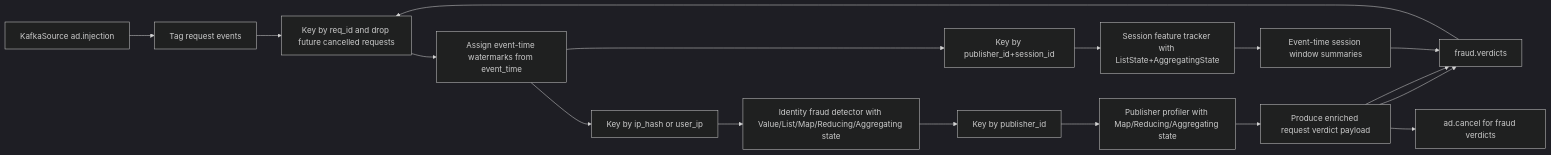
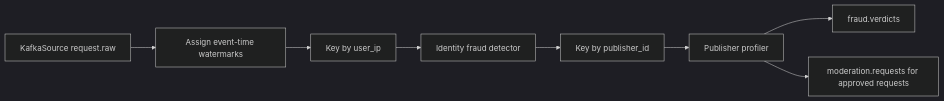
One commit to IamMistake/ai-ad-request-safety-pipeline changed the diagram in docs/flink_processing.md. Above: the diagram before and after it, drawn with Mermaid (dark theme). The commit also changed other lines of this file and 45 other files, not shown here.

Commit message:
rework pipeline into sequential fraud moderation flow

````diff
--- a/docs/flink_processing.md
+++ b/docs/flink_processing.md
@@ -20,19 +19,10 @@
 ```mermaid
 flowchart LR
-    A[KafkaSource ad.injection] --> B[Tag request events]
-    H[KafkaSource ad.cancel] --> I[Tag cancel events]
-    B --> C[Key by req_id and drop future cancelled requests]
-    I --> C
-    C --> D[Assign event-time watermarks from event_time]
-    D --> E[Key by ip_hash or user_ip]
-    E --> F[Identity fraud detector with Value/List/Map/Reducing/Aggregating state]
-    F --> G[Key by publisher_id]
-    G --> K[Publisher profiler with Map/Reducing/Aggregating state]
-    K --> H[Produce enriched request verdict payload]
-    H --> I[fraud.verdicts]
-    H --> J[ad.cancel for fraud verdicts]
-    D --> L[Key by publisher_id+session_id]
-    L --> M[Session feature tracker with ListState+AggregatingState]
-    M --> N[Event-time session window summaries]
-    N --> I
+    A[KafkaSource request.raw] --> B[Assign event-time watermarks]
+    B --> C[Key by user_ip]
+    C --> D[Identity fraud detector]
+    D --> E[Key by publisher_id]
+    E --> F[Publisher profiler]
+    F --> G[fraud.verdicts]
+    F --> H[moderation.requests for approved requests]
 ```
````
